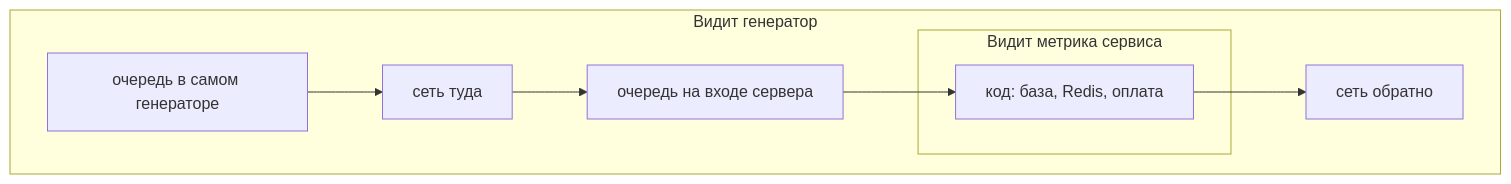
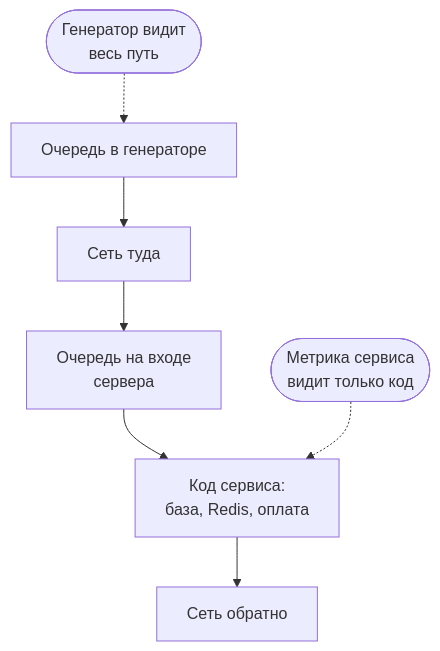
The third of 3 diagrams in 08-perf-theory/01-latency-throughput.md (distinguished-sre/load-tester), drawn with Mermaid before and after one commit. The commit also changed other lines of this file and 6 other files, not shown here.

First line of the commit message:
Виджеты и схемы переделаны по отзыву: автостарт, объяснения, подсказки при наведении

````diff
--- a/08-perf-theory/01-latency-throughput.md
+++ b/08-perf-theory/01-latency-throughput.md
@@ -287,11 +288,9 @@
 ```mermaid
-flowchart LR
-    subgraph Клиент["Видит генератор"]
-        direction LR
-        Q1["очередь в самом генераторе"] --> N1["сеть туда"] --> Q2["очередь на входе сервера"]
-        subgraph Сервер["Видит метрика сервиса"]
-            W["код: база, Redis, оплата"]
-        end
-        Q2 --> W --> N2["сеть обратно"]
-    end
+flowchart TD
+    Q1["Очередь в генераторе"] --> N1["Сеть туда"]
+    N1 --> Q2["Очередь на входе<br/>сервера"]
+    Q2 --> W["Код сервиса:<br/>база, Redis, оплата"]
+    W --> N2["Сеть обратно"]
+    G(["Генератор видит<br/>весь путь"]) -.-> Q1
+    M(["Метрика сервиса<br/>видит только код"]) -.-> W
 ```
````
